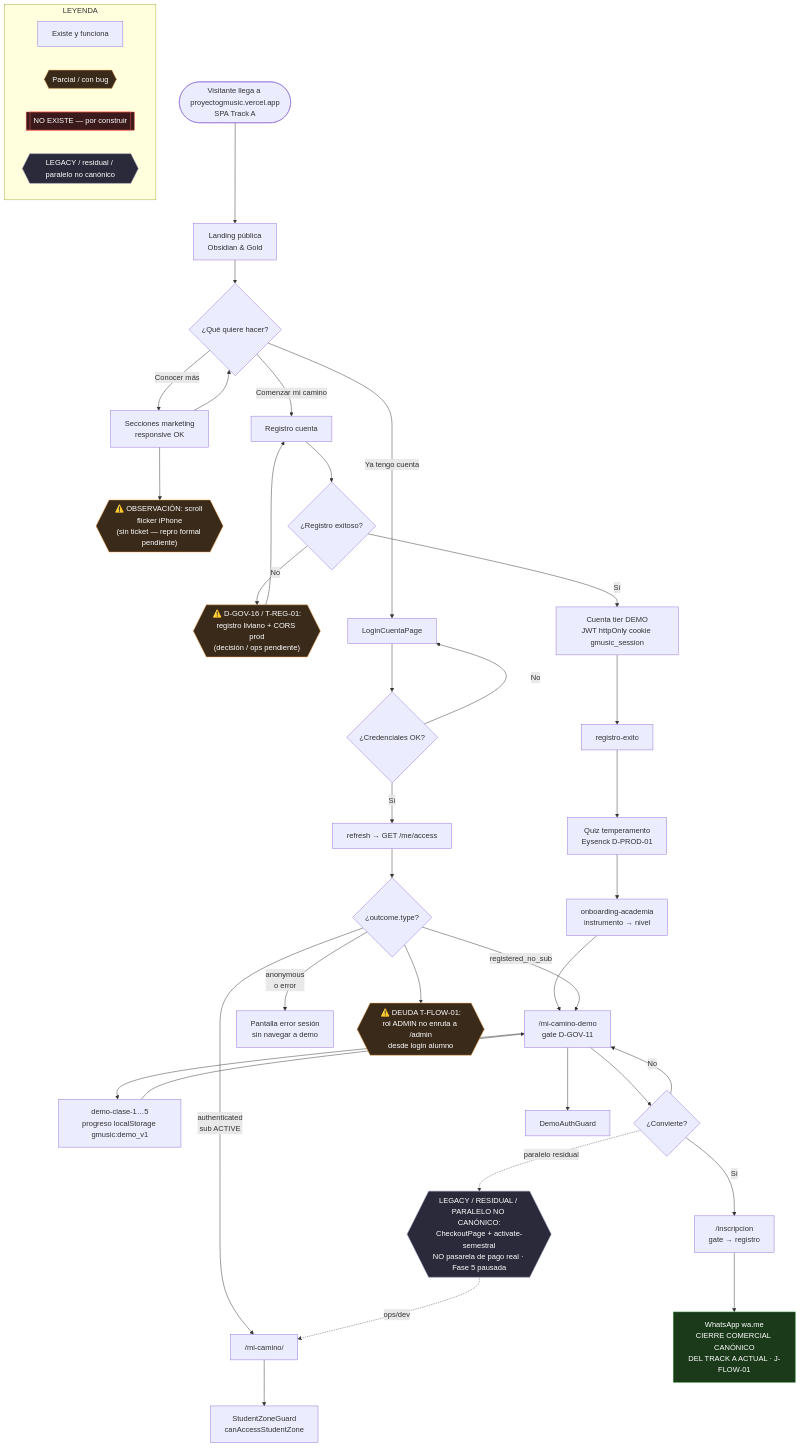
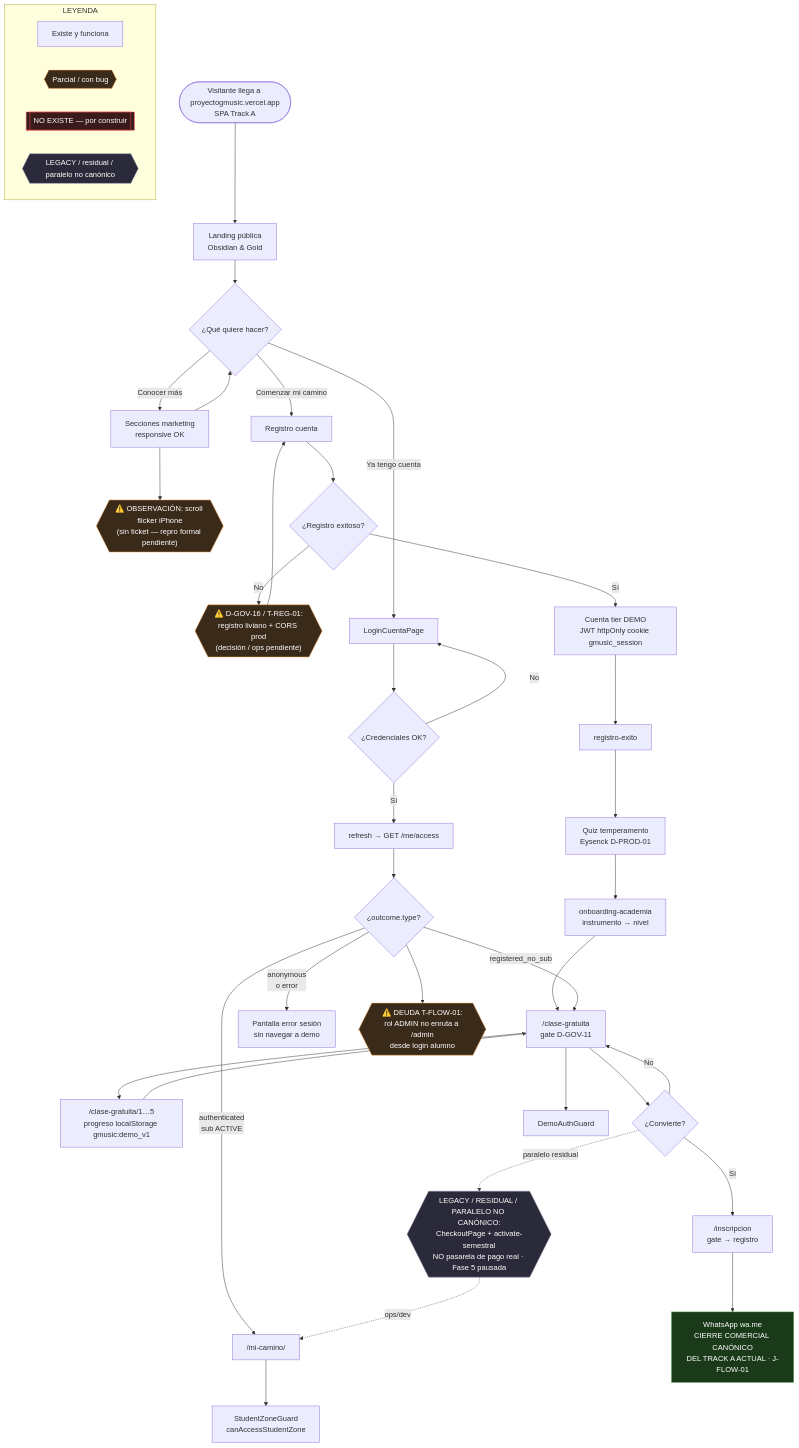
The diagram in Página de cursos de música/docs/flows/01-funnel-auth-landing.md (gmusicproyect/proyectogmusic), drawn with Mermaid before and after one commit. The commit also changed other lines of this file and 29 other files, not shown here.

First line of the commit message:
feat(funnel): renombrar URLs demo a /clase-gratuita (D-GOV-19)

````diff
--- a/Página de cursos de música/docs/flows/01-funnel-auth-landing.md
+++ b/Página de cursos de música/docs/flows/01-funnel-auth-landing.md
@@ -7,59 +7,59 @@
 ```mermaid
 flowchart TD
     subgraph LEYENDA
         L1[Existe y funciona]
         L2{{Parcial / con bug}}
         L3[["NO EXISTE — por construir"]]
         L4{{LEGACY / residual / paralelo no canónico}}
     end
     style L2 fill:#3a2a1a,stroke:#ffaa55,color:#fff
     style L3 fill:#3a1a1a,stroke:#ff5555,color:#fff
     style L4 fill:#2a2a3a,stroke:#8888aa,color:#fff
 
     Start([Visitante llega a proyectogmusic.vercel.app<br/>SPA Track A]) --> Landing[Landing pública<br/>Obsidian & Gold]
     Landing --> Decision1{¿Qué quiere hacer?}
 
     Decision1 -- Conocer más --> Secciones[Secciones marketing<br/>responsive OK]
     Secciones --> Flicker{{"⚠️ OBSERVACIÓN: scroll flicker iPhone<br/>(sin ticket — repro formal pendiente)"}}
     Secciones --> Decision1
 
     Decision1 -- Comenzar mi camino --> Registro[Registro cuenta]
     Registro --> RegOK{¿Registro exitoso?}
     RegOK -- No --> RegError{{"⚠️ D-GOV-16 / T-REG-01:<br/>registro liviano + CORS prod<br/>(decisión / ops pendiente)"}}
     RegError --> Registro
     RegOK -- Sí --> TierDemo[Cuenta tier DEMO<br/>JWT httpOnly cookie gmusic_session]
     TierDemo --> RegExito[registro-exito]
     RegExito --> QuizTemp[Quiz temperamento<br/>Eysenck D-PROD-01]
     QuizTemp --> OnboardingAcad[onboarding-academia<br/>instrumento → nivel]
-    OnboardingAcad --> DemoPath["/mi-camino-demo<br/>gate D-GOV-11"]
+    OnboardingAcad --> DemoPath["/clase-gratuita<br/>gate D-GOV-11"]
 
     Decision1 -- Ya tengo cuenta --> Login[LoginCuentaPage]
     Login --> LoginOK{¿Credenciales OK?}
     LoginOK -- No --> Login
     LoginOK -- Sí --> RefreshAccess[refresh → GET /me/access]
     RefreshAccess --> LoginBranch{¿outcome.type?}
 
     LoginBranch -- authenticated<br/>sub ACTIVE --> PaidPath["/mi-camino/"]
     LoginBranch -- registered_no_sub --> DemoPath
     LoginBranch -- anonymous<br/>o error --> LoginError[Pantalla error sesión<br/>sin navegar a demo]
 
     LoginBranch --> AdminDebt{{"⚠️ DEUDA T-FLOW-01:<br/>rol ADMIN no enruta a /admin<br/>desde login alumno"}}
 
-    DemoPath --> DemoClases[demo-clase-1…5<br/>progreso localStorage gmusic:demo_v1]
+    DemoPath --> DemoClases["/clase-gratuita/1…5<br/>progreso localStorage gmusic:demo_v1"]
     DemoClases --> DemoPath
     DemoPath --> Upsell{¿Convierte?}
     Upsell -- Sí --> Inscripcion["/inscripcion<br/>gate → registro"]
     Inscripcion --> WA[WhatsApp wa.me<br/>CIERRE COMERCIAL CANÓNICO<br/>DEL TRACK A ACTUAL · J-FLOW-01]
     Upsell -- No --> DemoPath
     Upsell -. paralelo residual .-> Checkout{{"LEGACY / RESIDUAL / PARALELO NO CANÓNICO:<br/>CheckoutPage + activate-semestral<br/>NO pasarela de pago real · Fase 5 pausada"}}
     Checkout -. ops/dev .-> PaidPath
 
     PaidPath --> GuardPaid[StudentZoneGuard<br/>canAccessStudentZone]
     DemoPath --> DemoGuard[DemoAuthGuard]
 
     style Flicker fill:#3a2a1a,stroke:#ffaa55,color:#fff
     style RegError fill:#3a2a1a,stroke:#ffaa55,color:#fff
     style AdminDebt fill:#3a2a1a,stroke:#ffaa55,color:#fff
     style Checkout fill:#2a2a3a,stroke:#8888aa,color:#fff
     style WA fill:#1a3a1a,stroke:#55aa55,color:#fff
 ```
````
